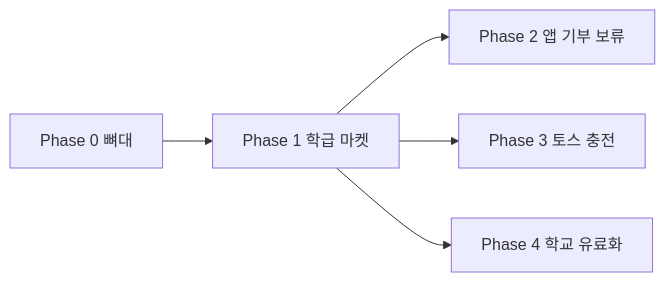
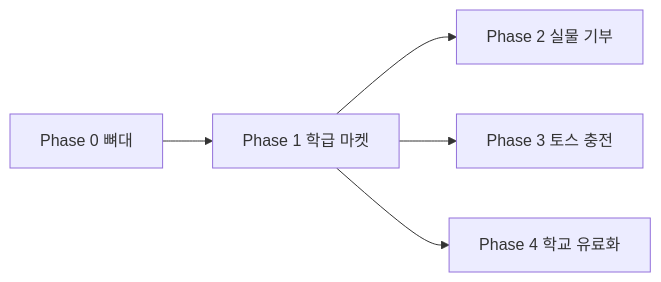
Before and after one commit to hanabira80/onion-market: the diagram in docs/planning/roadmap.md, drawn with Mermaid. The commit also changed other lines of this file and 11 other files, not shown here.

````diff
--- a/docs/planning/roadmap.md
+++ b/docs/planning/roadmap.md
@@ -123,7 +125,7 @@
 ```mermaid
 flowchart LR
     P0[Phase 0 뼈대] --> P1[Phase 1 학급 마켓]
-    P1 --> P2[Phase 2 앱 기부 보류]
+    P1 --> P2[Phase 2 실물 기부]
     P1 --> P3[Phase 3 토스 충전]
     P1 --> P4[Phase 4 학교 유료화]
 ```
````
